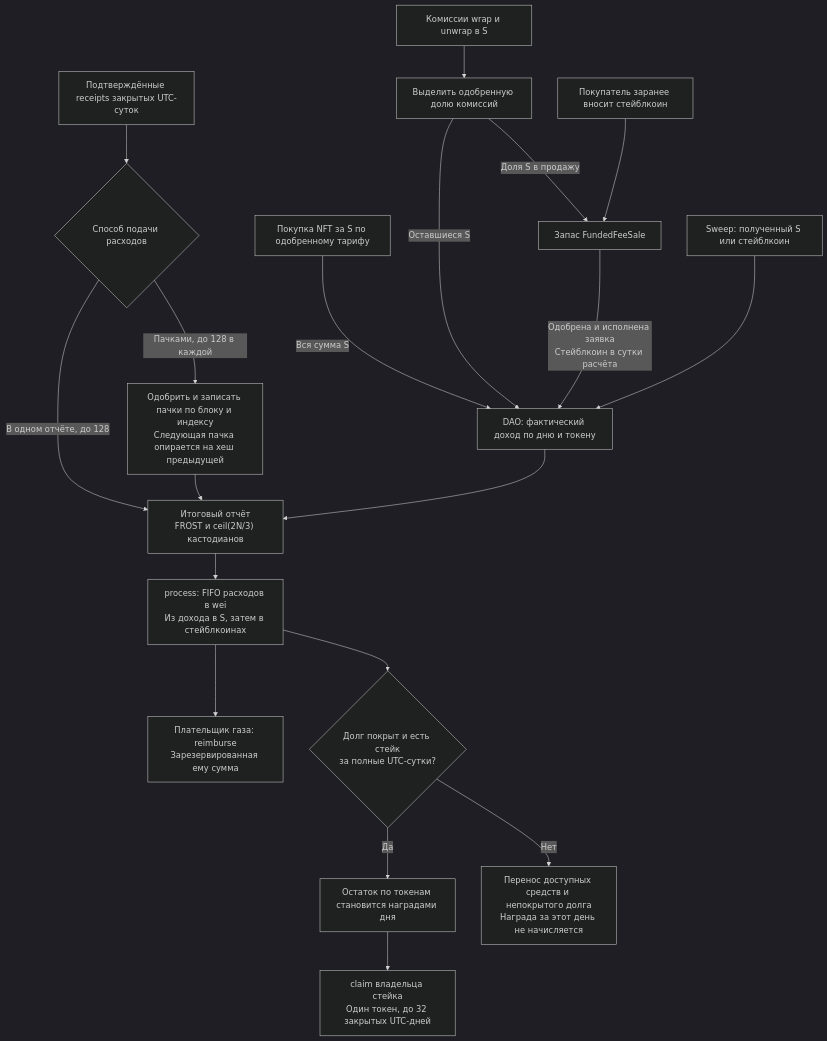
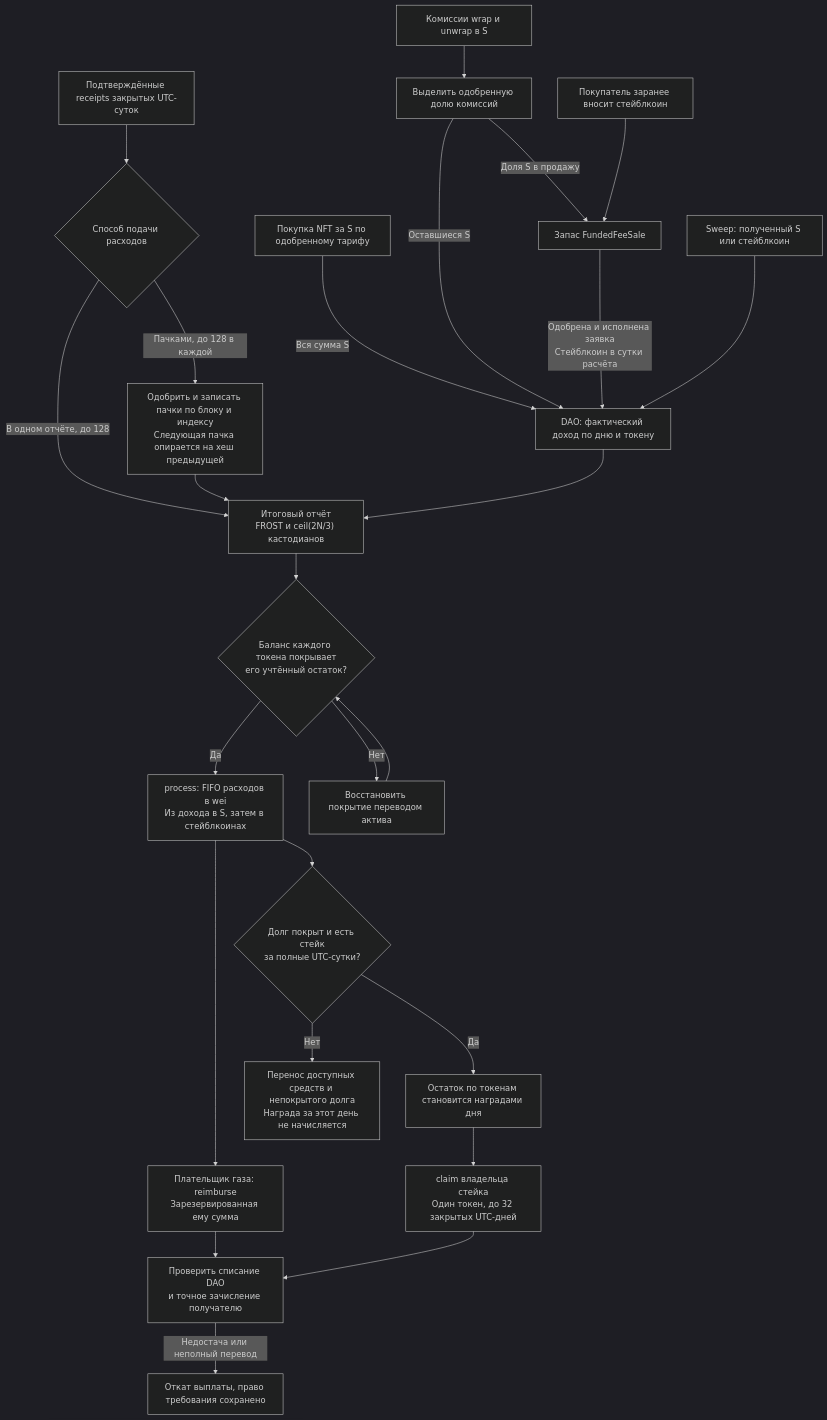
One commit to SergeyBelets/SatFiSetup changed the first of 5 diagrams in docs/CONFEDERATION_DAO_IN_KIND.md. Above: the diagram before and after it, drawn with Mermaid (dark theme). The commit also changed other lines of this file and 364 other files, not shown here.

````diff
--- a/docs/CONFEDERATION_DAO_IN_KIND.md
+++ b/docs/CONFEDERATION_DAO_IN_KIND.md
@@ -56,23 +71,29 @@
 ```mermaid
 flowchart TD
     accTitle: Поступления и выплаты DAO конфедерации
-    accDescr: В продажу поступает одобренная доля комиссий wrap и unwrap в S. DAO учитывает оплату NFT целиком и зачисляет фактически полученный стейблкоин в день исполнения продажи. Дневной отчёт открывает расчёт расходов и наград.
+    accDescr: DAO учитывает фактические поступления. Перед обработкой расходов и доходов сверяется покрытие всех активов. При недостаче расчёт ждёт пополнения.
     FEES["Комиссии wrap и unwrap в S"] --> SPLIT["Выделить одобренную долю комиссий"]
     PASS["Покупка NFT за S по одобренному тарифу"] -->|"Вся сумма S"| I
     SPLIT -->|"Оставшиеся S"| I["DAO: фактический доход по дню и токену"]
     SPLIT -->|"Доля S в продажу"| SALE["Запас FundedFeeSale"]
     FUNDED["Покупатель заранее вносит стейблкоин"] --> SALE
     SALE -->|"Одобрена и исполнена заявка<br/>Стейблкоин в сутки расчёта"| I
     SWEEP["Sweep: полученный S или стейблкоин"] --> I
     X["Подтверждённые receipts закрытых UTC-суток"] --> K{"Способ подачи расходов"}
     K -->|"В одном отчёте, до 128"| F["Итоговый отчёт<br/>FROST и ceil(2N/3) кастодианов"]
     K -->|"Пачками, до 128 в каждой"| B["Одобрить и записать пачки по блоку и индексу<br/>Следующая пачка опирается на хеш предыдущей"]
     B --> F
     I --> F
-    F --> E["process: FIFO расходов в wei<br/>Из дохода в S, затем в стейблкоинах"]
+    F --> G{"Баланс каждого токена покрывает<br/>его учтённый остаток?"}
+    G -->|"Да"| E["process: FIFO расходов в wei<br/>Из дохода в S, затем в стейблкоинах"]
+    G -->|"Нет"| H["Восстановить покрытие переводом актива"]
+    H --> G
     E --> C["Плательщик газа: reimburse<br/>Зарезервированная ему сумма"]
     E --> D{"Долг покрыт и есть стейк<br/>за полные UTC-сутки?"}
     D -->|"Да"| R["Остаток по токенам становится наградами дня"]
     D -->|"Нет"| P["Перенос доступных средств и непокрытого долга<br/>Награда за этот день не начисляется"]
     R --> CL["claim владельца стейка<br/>Один токен, до 32 закрытых UTC-дней"]
+    C --> CHECK["Проверить списание DAO<br/>и точное зачисление получателю"]
+    CL --> CHECK
+    CHECK -->|"Недостача или неполный перевод"| RETRY["Откат выплаты, право требования сохранено"]
 ```
````
